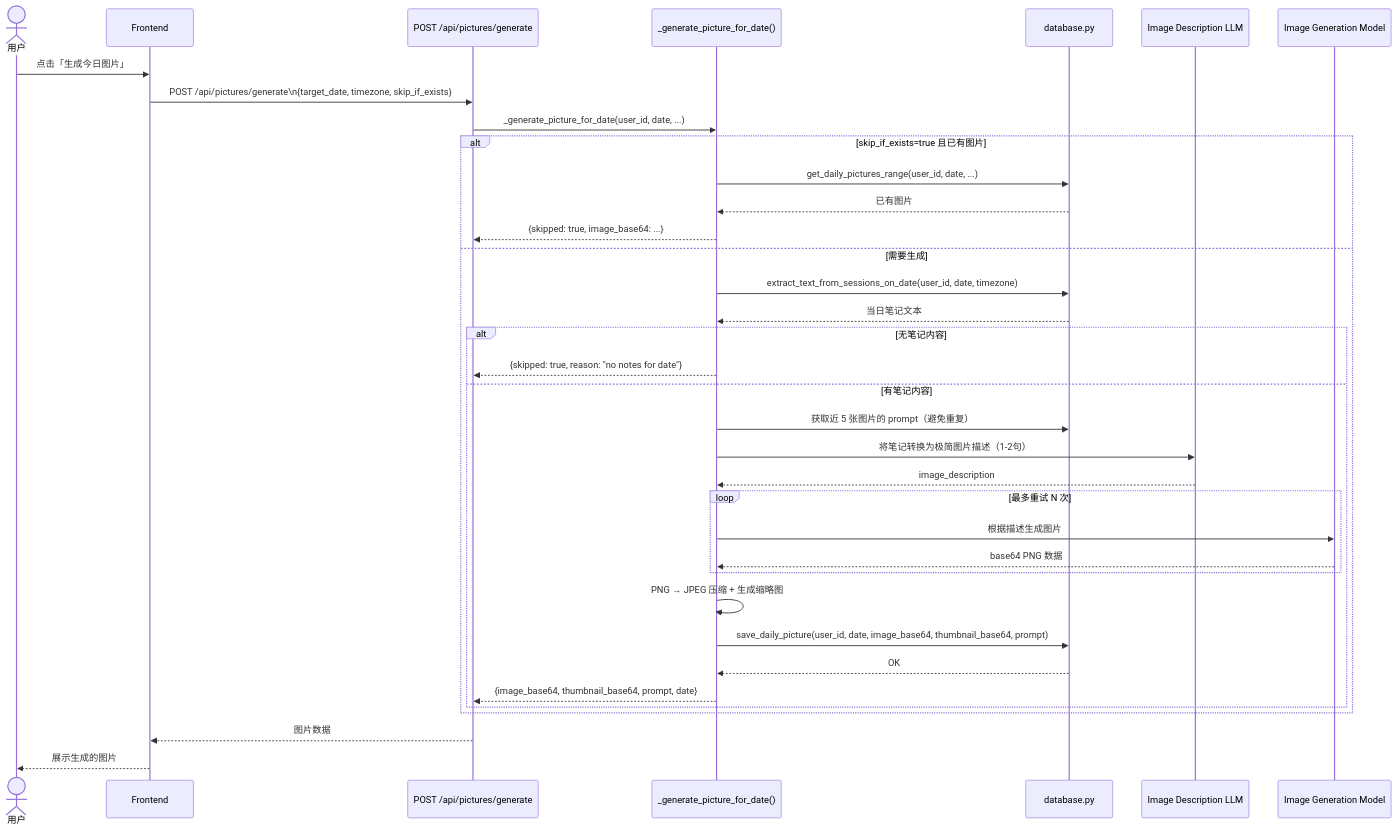
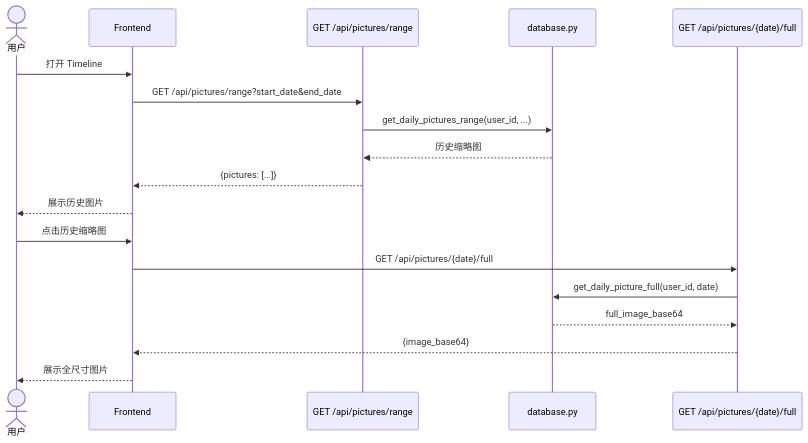
The tenth of 17 diagrams in docs/design/sequence-diagrams.md (glide-the/im-dream), drawn with Mermaid before and after one commit. The commit also changed other lines of this file and 136 other files, not shown here.

````diff
--- a/docs/design/sequence-diagrams.md
+++ b/docs/design/sequence-diagrams.md
@@ -338,45 +306,22 @@
 ```mermaid
 sequenceDiagram
     actor User as 用户
     participant FE as Frontend
-    participant API as POST /api/pictures/generate
-    participant Generator as _generate_picture_for_date()
+    participant API as GET /api/pictures/range
     participant DB as database.py
-    participant Claude as Image Description LLM
-    participant ImageModel as Image Generation Model
+    participant FullAPI as GET /api/pictures/{date}/full
 
-    User->>FE: 点击「生成今日图片」
-    FE->>API: POST /api/pictures/generate\n{target_date, timezone, skip_if_exists}
+    User->>FE: 打开 Timeline
+    FE->>API: GET /api/pictures/range?start_date&end_date
+    API->>DB: get_daily_pictures_range(user_id, ...)
+    DB-->>API: 历史缩略图
+    API-->>FE: {pictures: [...]}
+    FE-->>User: 展示历史图片
 
-    API->>Generator: _generate_picture_for_date(user_id, date, ...)
-
-    alt skip_if_exists=true 且已有图片
-        Generator->>DB: get_daily_pictures_range(user_id, date, ...)
-        DB-->>Generator: 已有图片
-        Generator-->>API: {skipped: true, image_base64: ...}
-    else 需要生成
-        Generator->>DB: extract_text_from_sessions_on_date(user_id, date, timezone)
-        DB-->>Generator: 当日笔记文本
-
-        alt 无笔记内容
-            Generator-->>API: {skipped: true, reason: "no notes for date"}
-        else 有笔记内容
-            Generator->>DB: 获取近 5 张图片的 prompt（避免重复）
-            Generator->>Claude: 将笔记转换为极简图片描述（1-2句）
-            Claude-->>Generator: image_description
-
-            loop 最多重试 N 次
-                Generator->>ImageModel: 根据描述生成图片
-                ImageModel-->>Generator: base64 PNG 数据
-            end
-
-            Generator->>Generator: PNG → JPEG 压缩 + 生成缩略图
-            Generator->>DB: save_daily_picture(user_id, date, image_base64, thumbnail_base64, prompt)
-            DB-->>Generator: OK
-            Generator-->>API: {image_base64, thumbnail_base64, prompt, date}
-        end
-    end
-
-    API-->>FE: 图片数据
-    FE-->>User: 展示生成的图片
+    User->>FE: 点击历史缩略图
+    FE->>FullAPI: GET /api/pictures/{date}/full
+    FullAPI->>DB: get_daily_picture_full(user_id, date)
+    DB-->>FullAPI: full_image_base64
+    FullAPI-->>FE: {image_base64}
+    FE-->>User: 展示全尺寸图片
 ```
````
